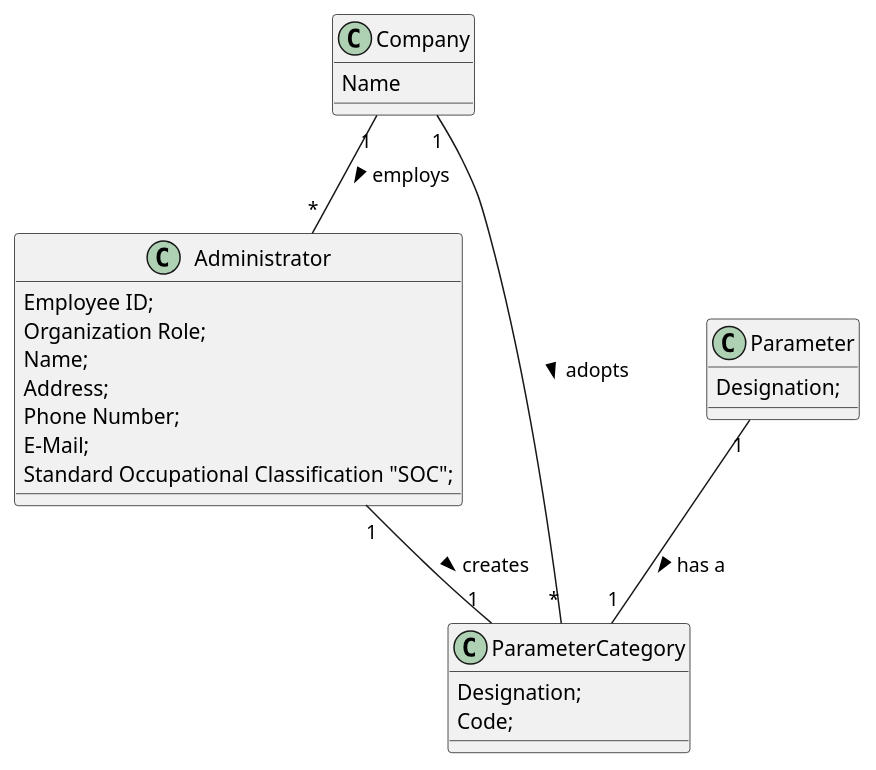
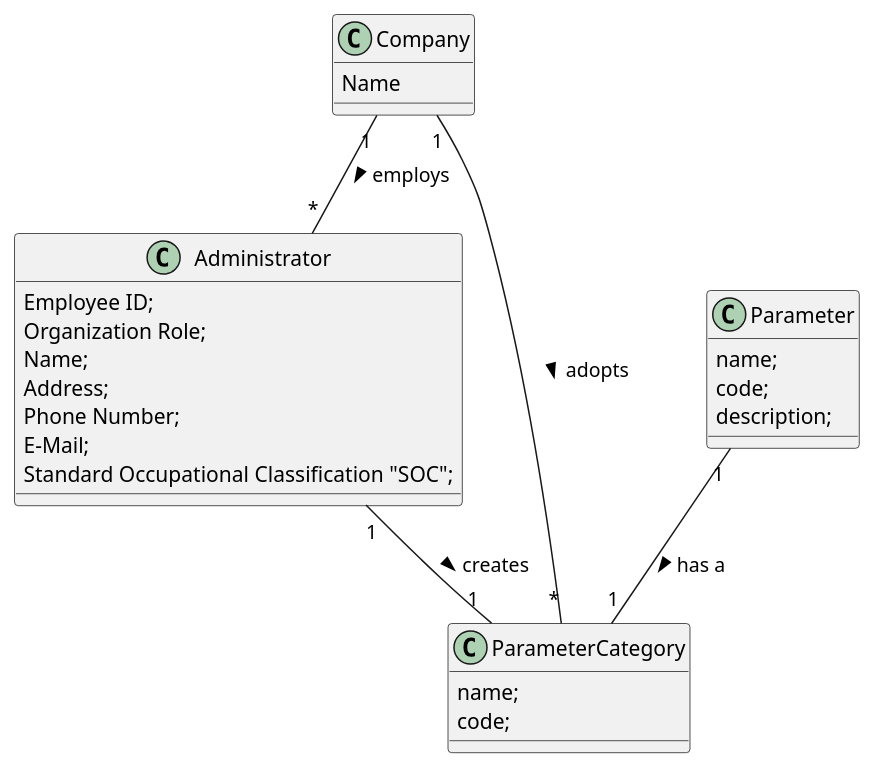
The diagram in docs/SprintB/US11/US011_MD.puml (MarianaCLages/LAPR2), drawn with PlantUML before and after one commit. The commit also changed 5 other files, not shown here.

```diff
--- a/docs/SprintB/US11/US011_MD.puml
+++ b/docs/SprintB/US11/US011_MD.puml
@@ -1,32 +1,34 @@
 @startuml
 'https://plantuml.com/class-diagram
 
 class Administrator{
 Employee ID;
 Organization Role;
 Name;
 Address;
 Phone Number;
 E-Mail;
 Standard Occupational Classification "SOC";
 }
 
 class Company{
 Name
 }
 
 class Parameter{
-Designation;
+name;
+code;
+description;
 }
 
 class ParameterCategory{
-Designation;
-Code;
+name;
+code;
 }
 
 Company "1" -- "*" Administrator: employs >
 Company "1" -- "*" ParameterCategory : adopts >
 Parameter "1" -- "1" ParameterCategory : has a >
 Administrator "1" -- "1" ParameterCategory : creates >
 
 @enduml
```
